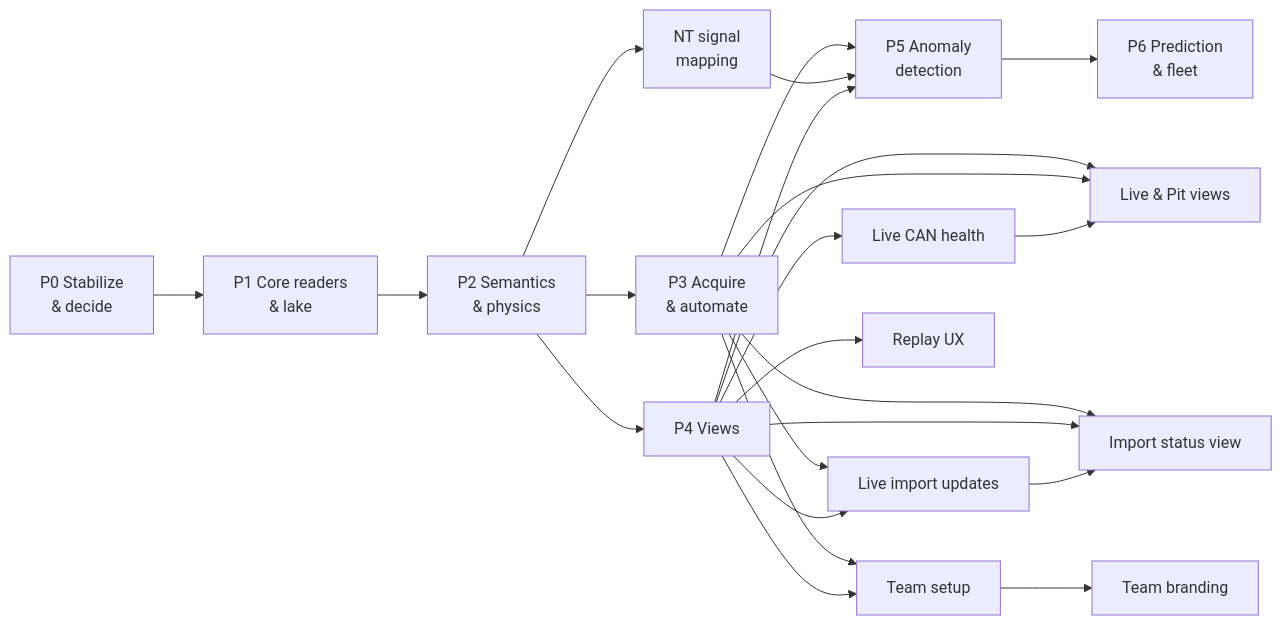
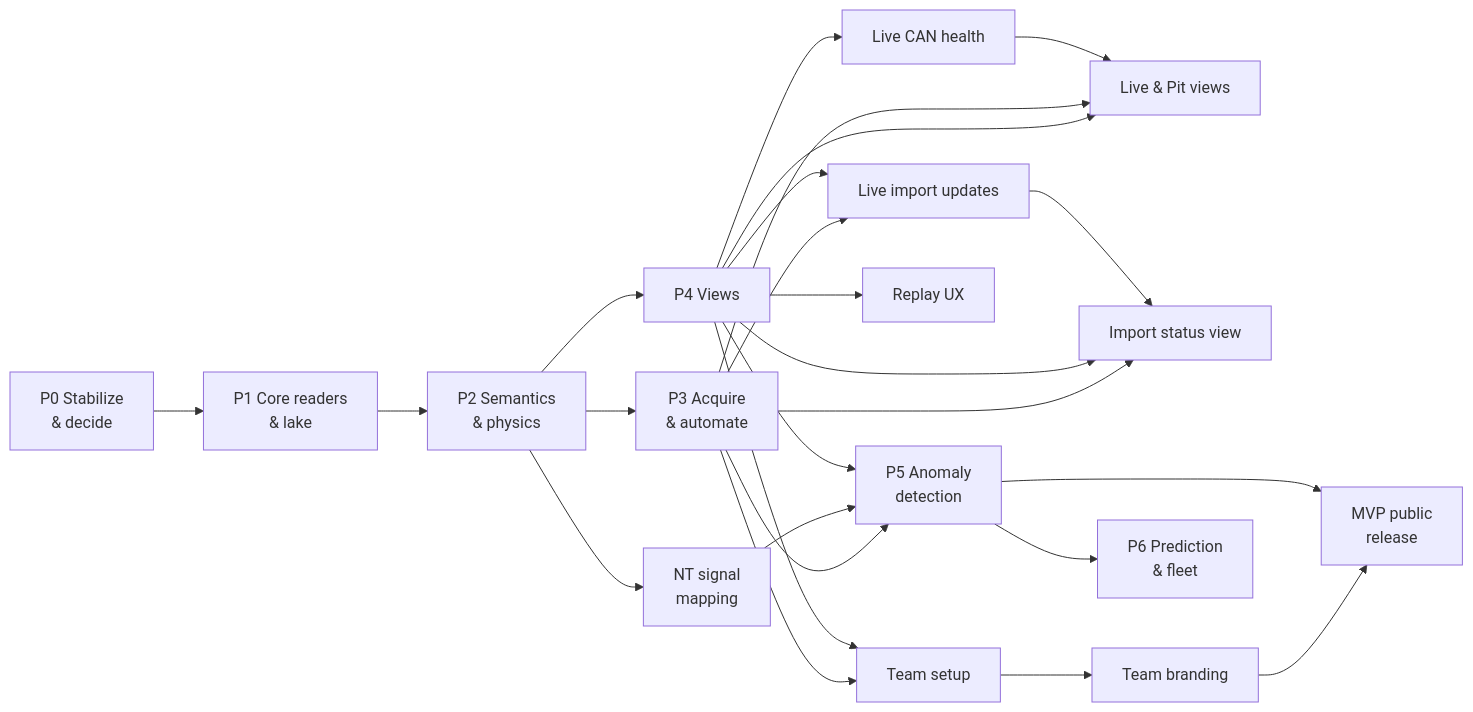
The first of 2 diagrams in docs/rewrite/06-roadmap.md (IgniteRobotics/flashpoint), drawn with Mermaid before and after one commit. The commit also changed other lines of this file and 35 other files, not shown here.

First line of the commit message:
Plan the MVP public release: four OpenSpec changes and the roadmap section (#68)

````diff
--- a/docs/rewrite/06-roadmap.md
+++ b/docs/rewrite/06-roadmap.md
@@ -9,25 +9,27 @@
 ```mermaid
 flowchart LR
     P0[P0 Stabilize<br>& decide] --> P1[P1 Core readers<br>& lake]
     P1 --> P2[P2 Semantics<br>& physics]
     P2 --> P3[P3 Acquire<br>& automate]
     P2 --> P4[P4 Views]
     P3 --> P5[P5 Anomaly<br>detection]
     P2 --> P2b[NT signal<br>mapping]
     P2b --> P5
     P4 --> P5
     P4 --> P4b[Live & Pit views]
     P3 --> P4b
     P3 --> P4c[Import status view]
     P4 --> P4c
     P4 --> P4e[Live CAN health]
     P4e --> P4b
     P3 --> P4f[Live import updates]
     P4 --> P4f
     P4f --> P4c
     P3 --> P4g[Team setup]
     P4 --> P4g
     P4g --> P4h[Team branding]
     P4 --> P4d[Replay UX]
+    P4h --> MVP[MVP public<br>release]
+    P5 --> MVP
     P5 --> P6[P6 Prediction<br>& fleet]
 ```
````
